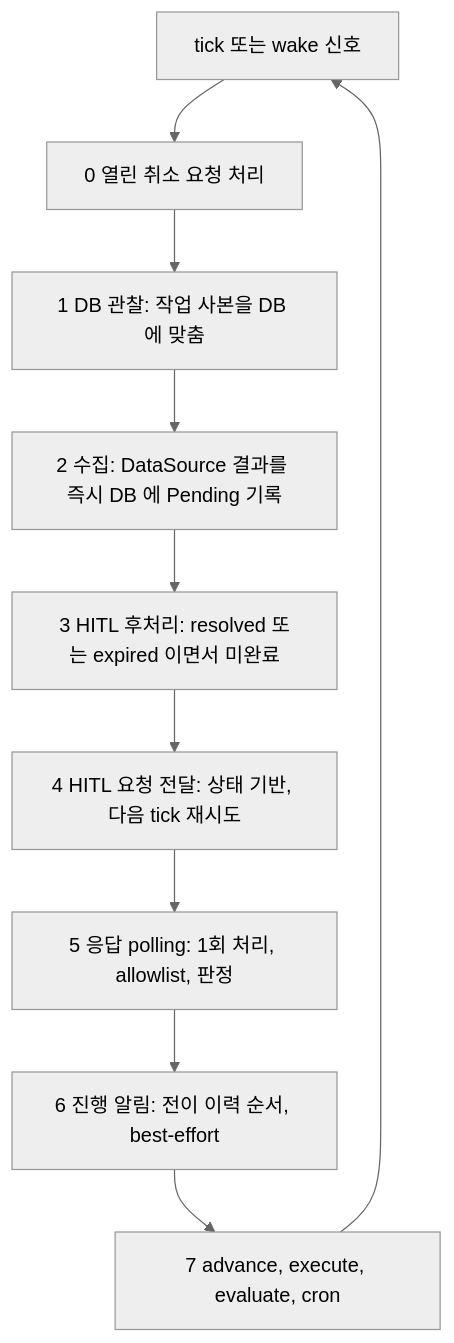
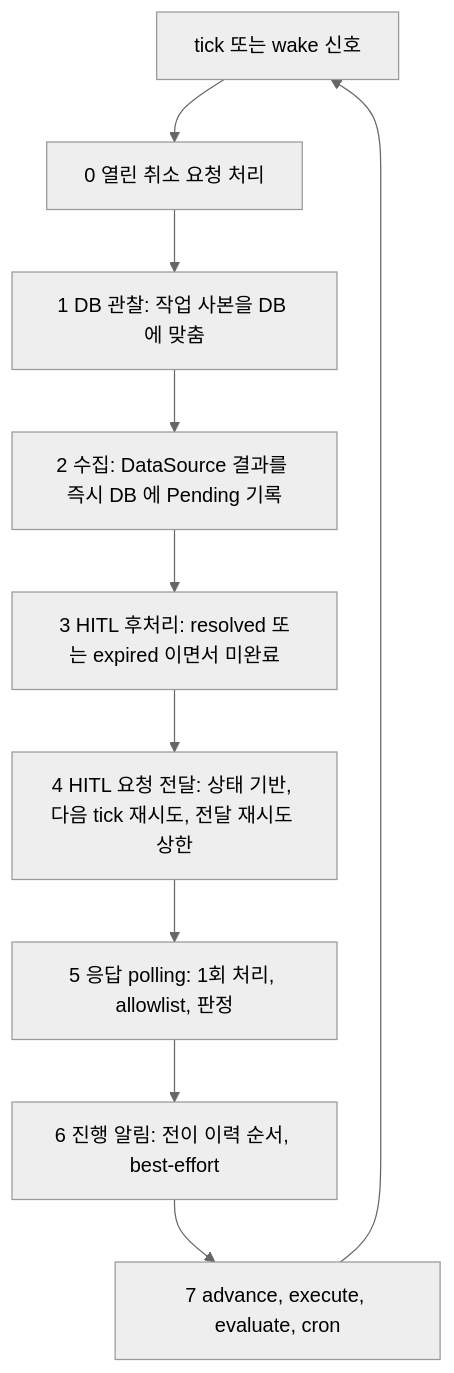
Before and after one commit to kys0213/belt: the first of 7 diagrams in spec/concerns/daemon.md, drawn with Mermaid (neutral theme). The commit also changed other lines of this file and 3 other files, not shown here.

````diff
--- a/spec/concerns/daemon.md
+++ b/spec/concerns/daemon.md
@@ -65,12 +65,12 @@
 ```mermaid
 flowchart TD
     W["tick 또는 wake 신호"] --> S0["0 열린 취소 요청 처리"]
     S0 --> S1["1 DB 관찰: 작업 사본을 DB 에 맞춤"]
     S1 --> S2["2 수집: DataSource 결과를 즉시 DB 에 Pending 기록"]
     S2 --> S3["3 HITL 후처리: resolved 또는 expired 이면서 미완료"]
-    S3 --> S4["4 HITL 요청 전달: 상태 기반, 다음 tick 재시도"]
+    S3 --> S4["4 HITL 요청 전달: 상태 기반, 다음 tick 재시도, 전달 재시도 상한"]
     S4 --> S5["5 응답 polling: 1회 처리, allowlist, 판정"]
     S5 --> S6["6 진행 알림: 전이 이력 순서, best-effort"]
     S6 --> S7["7 advance, execute, evaluate, cron"]
     S7 --> W
 ```
````
